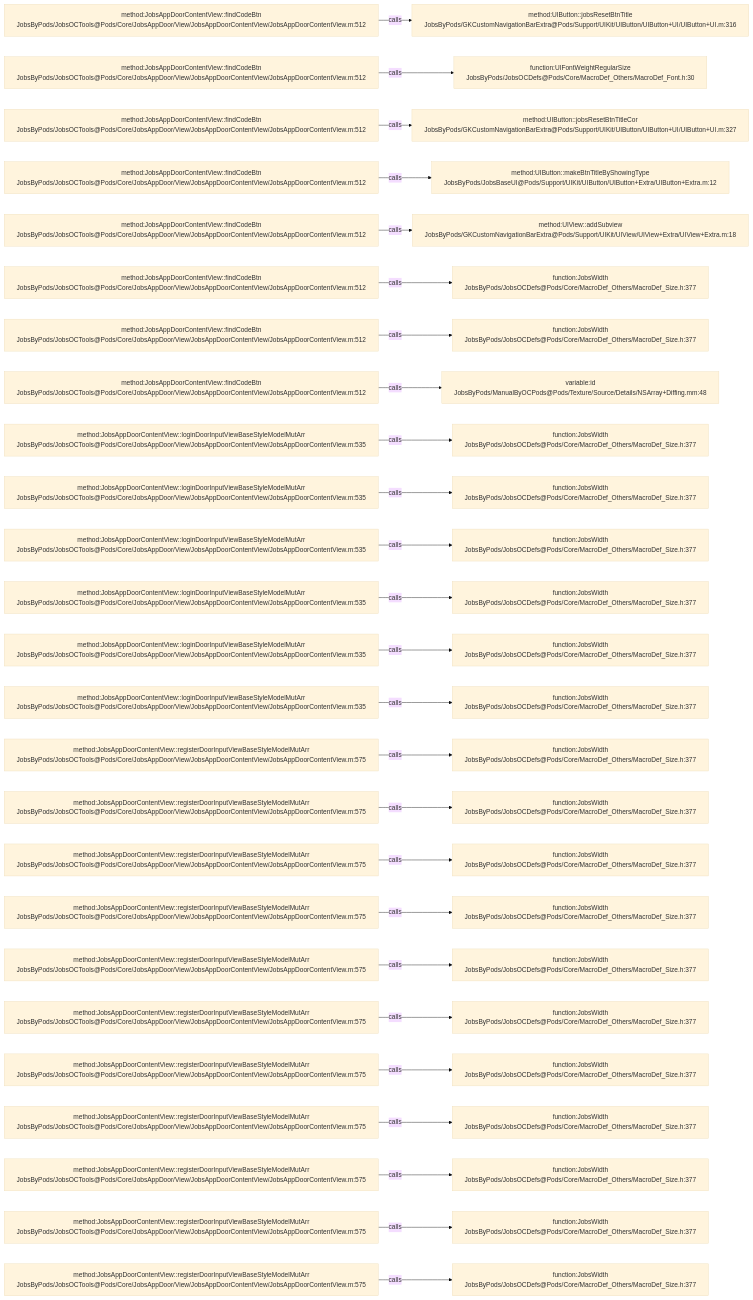
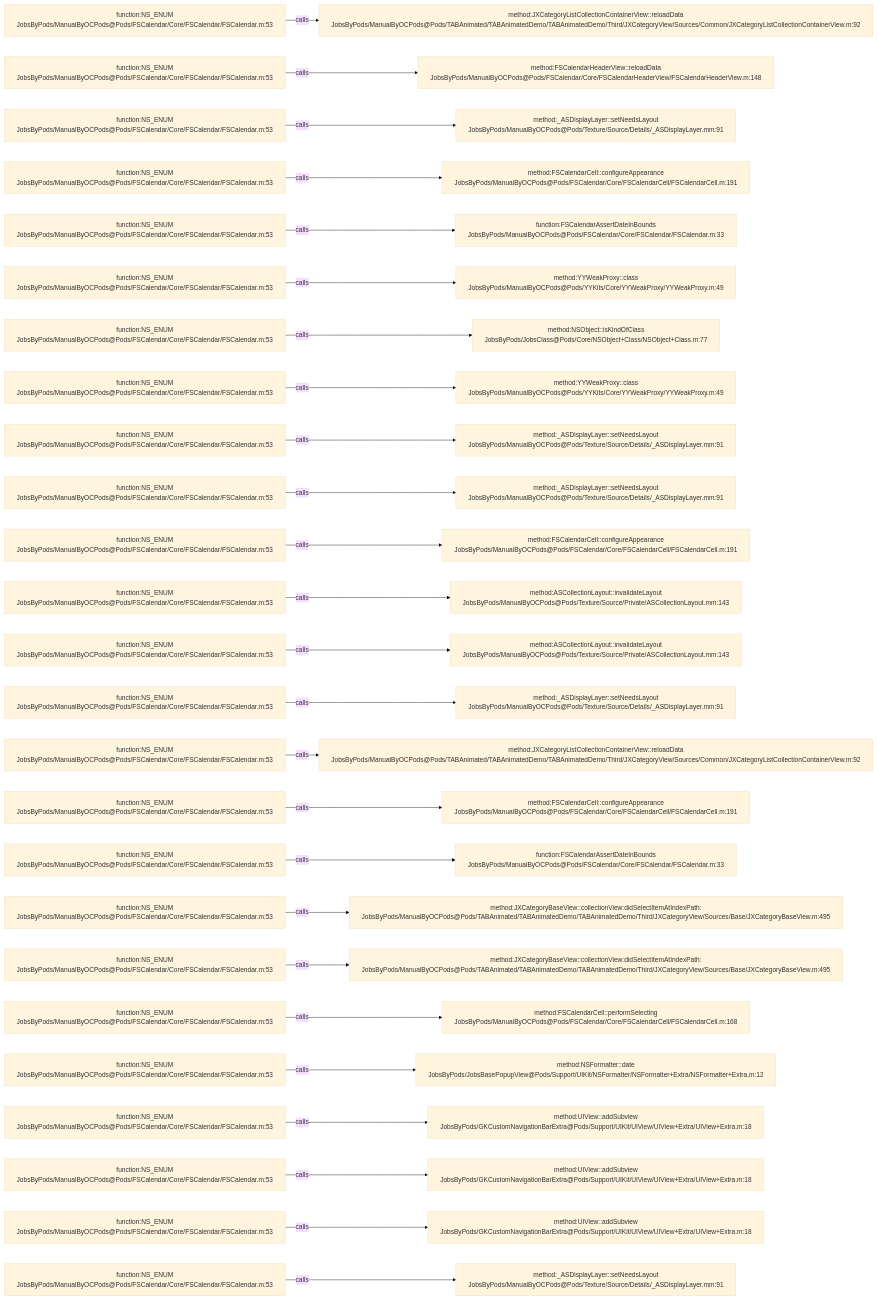
One commit to JobsKits/JobsOCBaseConfigDemo changed the diagram in .codegraph/codegraph.md/graphs/calls-189.md. Above: the diagram before and after it, drawn with Mermaid (base theme). The commit also changed 1026 other files, not shown here.

````diff
--- a/.codegraph/codegraph.md/graphs/calls-189.md
+++ b/.codegraph/codegraph.md/graphs/calls-189.md
@@ -13,78 +13,78 @@
 ```mermaid
 flowchart LR
-  S1["method:JobsAppDoorContentView::findCodeBtn<br/>JobsByPods/JobsOCTools@Pods/Core/JobsAppDoor/View/JobsAppDoorContentView/JobsAppDoorContentView.m:512"]
-  T1["method:UIButton::jobsResetBtnTitle<br/>JobsByPods/GKCustomNavigationBarExtra@Pods/Support/UIKit/UIButton/UIButton+UI/UIButton+UI.m:316"]
+  S1["function:NS_ENUM<br/>JobsByPods/ManualByOCPods@Pods/FSCalendar/Core/FSCalendar/FSCalendar.m:53"]
+  T1["method:JXCategoryListCollectionContainerView::reloadData<br/>JobsByPods/ManualByOCPods@Pods/TABAnimated/TABAnimatedDemo/TABAnimatedDemo/Third/JXCategoryView/Sources/Common/JXCategoryListCollectionContainerView.m:92"]
   S1 -->|calls| T1
-  S2["method:JobsAppDoorContentView::findCodeBtn<br/>JobsByPods/JobsOCTools@Pods/Core/JobsAppDoor/View/JobsAppDoorContentView/JobsAppDoorContentView.m:512"]
-  T2["function:UIFontWeightRegularSize<br/>JobsByPods/JobsOCDefs@Pods/Core/MacroDef_Others/MacroDef_Font.h:30"]
+  S2["function:NS_ENUM<br/>JobsByPods/ManualByOCPods@Pods/FSCalendar/Core/FSCalendar/FSCalendar.m:53"]
+  T2["method:FSCalendarHeaderView::reloadData<br/>JobsByPods/ManualByOCPods@Pods/FSCalendar/Core/FSCalendarHeaderView/FSCalendarHeaderView.m:148"]
   S2 -->|calls| T2
-  S3["method:JobsAppDoorContentView::findCodeBtn<br/>JobsByPods/JobsOCTools@Pods/Core/JobsAppDoor/View/JobsAppDoorContentView/JobsAppDoorContentView.m:512"]
-  T3["method:UIButton::jobsResetBtnTitleCor<br/>JobsByPods/GKCustomNavigationBarExtra@Pods/Support/UIKit/UIButton/UIButton+UI/UIButton+UI.m:327"]
+  S3["function:NS_ENUM<br/>JobsByPods/ManualByOCPods@Pods/FSCalendar/Core/FSCalendar/FSCalendar.m:53"]
+  T3["method:_ASDisplayLayer::setNeedsLayout<br/>JobsByPods/ManualByOCPods@Pods/Texture/Source/Details/_ASDisplayLayer.mm:91"]
   S3 -->|calls| T3
-  S4["method:JobsAppDoorContentView::findCodeBtn<br/>JobsByPods/JobsOCTools@Pods/Core/JobsAppDoor/View/JobsAppDoorContentView/JobsAppDoorContentView.m:512"]
-  T4["method:UIButton::makeBtnTitleByShowingType<br/>JobsByPods/JobsBaseUI@Pods/Support/UIKit/UIButton/UIButton+Extra/UIButton+Extra.m:12"]
+  S4["function:NS_ENUM<br/>JobsByPods/ManualByOCPods@Pods/FSCalendar/Core/FSCalendar/FSCalendar.m:53"]
+  T4["method:FSCalendarCell::configureAppearance<br/>JobsByPods/ManualByOCPods@Pods/FSCalendar/Core/FSCalendarCell/FSCalendarCell.m:191"]
   S4 -->|calls| T4
-  S5["method:JobsAppDoorContentView::findCodeBtn<br/>JobsByPods/JobsOCTools@Pods/Core/JobsAppDoor/View/JobsAppDoorContentView/JobsAppDoorContentView.m:512"]
-  T5["method:UIView::addSubview<br/>JobsByPods/GKCustomNavigationBarExtra@Pods/Support/UIKit/UIView/UIView+Extra/UIView+Extra.m:18"]
+  S5["function:NS_ENUM<br/>JobsByPods/ManualByOCPods@Pods/FSCalendar/Core/FSCalendar/FSCalendar.m:53"]
+  T5["function:FSCalendarAssertDateInBounds<br/>JobsByPods/ManualByOCPods@Pods/FSCalendar/Core/FSCalendar/FSCalendar.m:33"]
   S5 -->|calls| T5
-  S6["method:JobsAppDoorContentView::findCodeBtn<br/>JobsByPods/JobsOCTools@Pods/Core/JobsAppDoor/View/JobsAppDoorContentView/JobsAppDoorContentView.m:512"]
-  T6["function:JobsWidth<br/>JobsByPods/JobsOCDefs@Pods/Core/MacroDef_Others/MacroDef_Size.h:377"]
+  S6["function:NS_ENUM<br/>JobsByPods/ManualByOCPods@Pods/FSCalendar/Core/FSCalendar/FSCalendar.m:53"]
+  T6["method:YYWeakProxy::class<br/>JobsByPods/ManualByOCPods@Pods/YYKits/Core/YYWeakProxy/YYWeakProxy.m:49"]
   S6 -->|calls| T6
-  S7["method:JobsAppDoorContentView::findCodeBtn<br/>JobsByPods/JobsOCTools@Pods/Core/JobsAppDoor/View/JobsAppDoorContentView/JobsAppDoorContentView.m:512"]
-  T7["function:JobsWidth<br/>JobsByPods/JobsOCDefs@Pods/Core/MacroDef_Others/MacroDef_Size.h:377"]
+  S7["function:NS_ENUM<br/>JobsByPods/ManualByOCPods@Pods/FSCalendar/Core/FSCalendar/FSCalendar.m:53"]
+  T7["method:NSObject::isKindOfClass<br/>JobsByPods/JobsClass@Pods/Core/NSObject+Class/NSObject+Class.m:77"]
   S7 -->|calls| T7
-  S8["method:JobsAppDoorContentView::findCodeBtn<br/>JobsByPods/JobsOCTools@Pods/Core/JobsAppDoor/View/JobsAppDoorContentView/JobsAppDoorContentView.m:512"]
-  T8["variable:id<br/>JobsByPods/ManualByOCPods@Pods/Texture/Source/Details/NSArray+Diffing.mm:48"]
+  S8["function:NS_ENUM<br/>JobsByPods/ManualByOCPods@Pods/FSCalendar/Core/FSCalendar/FSCalendar.m:53"]
+  T8["method:YYWeakProxy::class<br/>JobsByPods/ManualByOCPods@Pods/YYKits/Core/YYWeakProxy/YYWeakProxy.m:49"]
   S8 -->|calls| T8
-  S9["method:JobsAppDoorContentView::loginDoorInputViewBaseStyleModelMutArr<br/>JobsByPods/JobsOCTools@Pods/Core/JobsAppDoor/View/JobsAppDoorContentView/JobsAppDoorContentView.m:535"]
-  T9["function:JobsWidth<br/>JobsByPods/JobsOCDefs@Pods/Core/MacroDef_Others/MacroDef_Size.h:377"]
+  S9["function:NS_ENUM<br/>JobsByPods/ManualByOCPods@Pods/FSCalendar/Core/FSCalendar/FSCalendar.m:53"]
+  T9["method:_ASDisplayLayer::setNeedsLayout<br/>JobsByPods/ManualByOCPods@Pods/Texture/Source/Details/_ASDisplayLayer.mm:91"]
   S9 -->|calls| T9
-  S10["method:JobsAppDoorContentView::loginDoorInputViewBaseStyleModelMutArr<br/>JobsByPods/JobsOCTools@Pods/Core/JobsAppDoor/View/JobsAppDoorContentView/JobsAppDoorContentView.m:535"]
-  T10["function:JobsWidth<br/>JobsByPods/JobsOCDefs@Pods/Core/MacroDef_Others/MacroDef_Size.h:377"]
+  S10["function:NS_ENUM<br/>JobsByPods/ManualByOCPods@Pods/FSCalendar/Core/FSCalendar/FSCalendar.m:53"]
+  T10["method:_ASDisplayLayer::setNeedsLayout<br/>JobsByPods/ManualByOCPods@Pods/Texture/Source/Details/_ASDisplayLayer.mm:91"]
   S10 -->|calls| T10
-  S11["method:JobsAppDoorContentView::loginDoorInputViewBaseStyleModelMutArr<br/>JobsByPods/JobsOCTools@Pods/Core/JobsAppDoor/View/JobsAppDoorContentView/JobsAppDoorContentView.m:535"]
-  T11["function:JobsWidth<br/>JobsByPods/JobsOCDefs@Pods/Core/MacroDef_Others/MacroDef_Size.h:377"]
+  S11["function:NS_ENUM<br/>JobsByPods/ManualByOCPods@Pods/FSCalendar/Core/FSCalendar/FSCalendar.m:53"]
+  T11["method:FSCalendarCell::configureAppearance<br/>JobsByPods/ManualByOCPods@Pods/FSCalendar/Core/FSCalendarCell/FSCalendarCell.m:191"]
   S11 -->|calls| T11
-  S12["method:JobsAppDoorContentView::loginDoorInputViewBaseStyleModelMutArr<br/>JobsByPods/JobsOCTools@Pods/Core/JobsAppDoor/View/JobsAppDoorContentView/JobsAppDoorContentView.m:535"]
-  T12["function:JobsWidth<br/>JobsByPods/JobsOCDefs@Pods/Core/MacroDef_Others/MacroDef_Size.h:377"]
+  S12["function:NS_ENUM<br/>JobsByPods/ManualByOCPods@Pods/FSCalendar/Core/FSCalendar/FSCalendar.m:53"]
+  T12["method:ASCollectionLayout::invalidateLayout<br/>JobsByPods/ManualByOCPods@Pods/Texture/Source/Private/ASCollectionLayout.mm:143"]
   S12 -->|calls| T12
-  S13["method:JobsAppDoorContentView::loginDoorInputViewBaseStyleModelMutArr<br/>JobsByPods/JobsOCTools@Pods/Core/JobsAppDoor/View/JobsAppDoorContentView/JobsAppDoorContentView.m:535"]
-  T13["function:JobsWidth<br/>JobsByPods/JobsOCDefs@Pods/Core/MacroDef_Others/MacroDef_Size.h:377"]
+  S13["function:NS_ENUM<br/>JobsByPods/ManualByOCPods@Pods/FSCalendar/Core/FSCalendar/FSCalendar.m:53"]
+  T13["method:ASCollectionLayout::invalidateLayout<br/>JobsByPods/ManualByOCPods@Pods/Texture/Source/Private/ASCollectionLayout.mm:143"]
   S13 -->|calls| T13
-  S14["method:JobsAppDoorContentView::loginDoorInputViewBaseStyleModelMutArr<br/>JobsByPods/JobsOCTools@Pods/Core/JobsAppDoor/View/JobsAppDoorContentView/JobsAppDoorContentView.m:535"]
-  T14["function:JobsWidth<br/>JobsByPods/JobsOCDefs@Pods/Core/MacroDef_Others/MacroDef_Size.h:377"]
+  S14["function:NS_ENUM<br/>JobsByPods/ManualByOCPods@Pods/FSCalendar/Core/FSCalendar/FSCalendar.m:53"]
+  T14["method:_ASDisplayLayer::setNeedsLayout<br/>JobsByPods/ManualByOCPods@Pods/Texture/Source/Details/_ASDisplayLayer.mm:91"]
   S14 -->|calls| T14
-  S15["method:JobsAppDoorContentView::registerDoorInputViewBaseStyleModelMutArr<br/>JobsByPods/JobsOCTools@Pods/Core/JobsAppDoor/View/JobsAppDoorContentView/JobsAppDoorContentView.m:575"]
-  T15["function:JobsWidth<br/>JobsByPods/JobsOCDefs@Pods/Core/MacroDef_Others/MacroDef_Size.h:377"]
+  S15["function:NS_ENUM<br/>JobsByPods/ManualByOCPods@Pods/FSCalendar/Core/FSCalendar/FSCalendar.m:53"]
+  T15["method:JXCategoryListCollectionContainerView::reloadData<br/>JobsByPods/ManualByOCPods@Pods/TABAnimated/TABAnimatedDemo/TABAnimatedDemo/Third/JXCategoryView/Sources/Common/JXCategoryListCollectionContainerView.m:92"]
   S15 -->|calls| T15
-  S16["method:JobsAppDoorContentView::registerDoorInputViewBaseStyleModelMutArr<br/>JobsByPods/JobsOCTools@Pods/Core/JobsAppDoor/View/JobsAppDoorContentView/JobsAppDoorContentView.m:575"]
-  T16["function:JobsWidth<br/>JobsByPods/JobsOCDefs@Pods/Core/MacroDef_Others/MacroDef_Size.h:377"]
+  S16["function:NS_ENUM<br/>JobsByPods/ManualByOCPods@Pods/FSCalendar/Core/FSCalendar/FSCalendar.m:53"]
+  T16["method:FSCalendarCell::configureAppearance<br/>JobsByPods/ManualByOCPods@Pods/FSCalendar/Core/FSCalendarCell/FSCalendarCell.m:191"]
   S16 -->|calls| T16
-  S17["method:JobsAppDoorContentView::registerDoorInputViewBaseStyleModelMutArr<br/>JobsByPods/JobsOCTools@Pods/Core/JobsAppDoor/View/JobsAppDoorContentView/JobsAppDoorContentView.m:575"]
-  T17["function:JobsWidth<br/>JobsByPods/JobsOCDefs@Pods/Core/MacroDef_Others/MacroDef_Size.h:377"]
+  S17["function:NS_ENUM<br/>JobsByPods/ManualByOCPods@Pods/FSCalendar/Core/FSCalendar/FSCalendar.m:53"]
+  T17["function:FSCalendarAssertDateInBounds<br/>JobsByPods/ManualByOCPods@Pods/FSCalendar/Core/FSCalendar/FSCalendar.m:33"]
   S17 -->|calls| T17
-  S18["method:JobsAppDoorContentView::registerDoorInputViewBaseStyleModelMutArr<br/>JobsByPods/JobsOCTools@Pods/Core/JobsAppDoor/View/JobsAppDoorContentView/JobsAppDoorContentView.m:575"]
-  T18["function:JobsWidth<br/>JobsByPods/JobsOCDefs@Pods/Core/MacroDef_Others/MacroDef_Size.h:377"]
+  S18["function:NS_ENUM<br/>JobsByPods/ManualByOCPods@Pods/FSCalendar/Core/FSCalendar/FSCalendar.m:53"]
+  T18["method:JXCategoryBaseView::collectionView:didSelectItemAtIndexPath:<br/>JobsByPods/ManualByOCPods@Pods/TABAnimated/TABAnimatedDemo/TABAnimatedDemo/Third/JXCategoryView/Sources/Base/JXCategoryBaseView.m:495"]
   S18 -->|calls| T18
-  S19["method:JobsAppDoorContentView::registerDoorInputViewBaseStyleModelMutArr<br/>JobsByPods/JobsOCTools@Pods/Core/JobsAppDoor/View/JobsAppDoorContentView/JobsAppDoorContentView.m:575"]
-  T19["function:JobsWidth<br/>JobsByPods/JobsOCDefs@Pods/Core/MacroDef_Others/MacroDef_Size.h:377"]
+  S19["function:NS_ENUM<br/>JobsByPods/ManualByOCPods@Pods/FSCalendar/Core/FSCalendar/FSCalendar.m:53"]
+  T19["method:JXCategoryBaseView::collectionView:didSelectItemAtIndexPath:<br/>JobsByPods/ManualByOCPods@Pods/TABAnimated/TABAnimatedDemo/TABAnimatedDemo/Third/JXCategoryView/Sources/Base/JXCategoryBaseView.m:495"]
   S19 -->|calls| T19
-  S20["method:JobsAppDoorContentView::registerDoorInputViewBaseStyleModelMutArr<br/>JobsByPods/JobsOCTools@Pods/Core/JobsAppDoor/View/JobsAppDoorContentView/JobsAppDoorContentView.m:575"]
-  T20["function:JobsWidth<br/>JobsByPods/JobsOCDefs@Pods/Core/MacroDef_Others/MacroDef_Size.h:377"]
+  S20["function:NS_ENUM<br/>JobsByPods/ManualByOCPods@Pods/FSCalendar/Core/FSCalendar/FSCalendar.m:53"]
+  T20["method:FSCalendarCell::performSelecting<br/>JobsByPods/ManualByOCPods@Pods/FSCalendar/Core/FSCalendarCell/FSCalendarCell.m:168"]
   S20 -->|calls| T20
-  S21["method:JobsAppDoorContentView::registerDoorInputViewBaseStyleModelMutArr<br/>JobsByPods/JobsOCTools@Pods/Core/JobsAppDoor/View/JobsAppDoorContentView/JobsAppDoorContentView.m:575"]
-  T21["function:JobsWidth<br/>JobsByPods/JobsOCDefs@Pods/Core/MacroDef_Others/MacroDef_Size.h:377"]
+  S21["function:NS_ENUM<br/>JobsByPods/ManualByOCPods@Pods/FSCalendar/Core/FSCalendar/FSCalendar.m:53"]
+  T21["method:NSFormatter::date<br/>JobsByPods/JobsBasePopupView@Pods/Support/UIKit/NSFormatter/NSFormatter+Extra/NSFormatter+Extra.m:12"]
   S21 -->|calls| T21
-  S22["method:JobsAppDoorContentView::registerDoorInputViewBaseStyleModelMutArr<br/>JobsByPods/JobsOCTools@Pods/Core/JobsAppDoor/View/JobsAppDoorContentView/JobsAppDoorContentView.m:575"]
-  T22["function:JobsWidth<br/>JobsByPods/JobsOCDefs@Pods/Core/MacroDef_Others/MacroDef_Size.h:377"]
+  S22["function:NS_ENUM<br/>JobsByPods/ManualByOCPods@Pods/FSCalendar/Core/FSCalendar/FSCalendar.m:53"]
+  T22["method:UIView::addSubview<br/>JobsByPods/GKCustomNavigationBarExtra@Pods/Support/UIKit/UIView/UIView+Extra/UIView+Extra.m:18"]
   S22 -->|calls| T22
-  S23["method:JobsAppDoorContentView::registerDoorInputViewBaseStyleModelMutArr<br/>JobsByPods/JobsOCTools@Pods/Core/JobsAppDoor/View/JobsAppDoorContentView/JobsAppDoorContentView.m:575"]
-  T23["function:JobsWidth<br/>JobsByPods/JobsOCDefs@Pods/Core/MacroDef_Others/MacroDef_Size.h:377"]
+  S23["function:NS_ENUM<br/>JobsByPods/ManualByOCPods@Pods/FSCalendar/Core/FSCalendar/FSCalendar.m:53"]
+  T23["method:UIView::addSubview<br/>JobsByPods/GKCustomNavigationBarExtra@Pods/Support/UIKit/UIView/UIView+Extra/UIView+Extra.m:18"]
   S23 -->|calls| T23
-  S24["method:JobsAppDoorContentView::registerDoorInputViewBaseStyleModelMutArr<br/>JobsByPods/JobsOCTools@Pods/Core/JobsAppDoor/View/JobsAppDoorContentView/JobsAppDoorContentView.m:575"]
-  T24["function:JobsWidth<br/>JobsByPods/JobsOCDefs@Pods/Core/MacroDef_Others/MacroDef_Size.h:377"]
+  S24["function:NS_ENUM<br/>JobsByPods/ManualByOCPods@Pods/FSCalendar/Core/FSCalendar/FSCalendar.m:53"]
+  T24["method:UIView::addSubview<br/>JobsByPods/GKCustomNavigationBarExtra@Pods/Support/UIKit/UIView/UIView+Extra/UIView+Extra.m:18"]
   S24 -->|calls| T24
-  S25["method:JobsAppDoorContentView::registerDoorInputViewBaseStyleModelMutArr<br/>JobsByPods/JobsOCTools@Pods/Core/JobsAppDoor/View/JobsAppDoorContentView/JobsAppDoorContentView.m:575"]
-  T25["function:JobsWidth<br/>JobsByPods/JobsOCDefs@Pods/Core/MacroDef_Others/MacroDef_Size.h:377"]
+  S25["function:NS_ENUM<br/>JobsByPods/ManualByOCPods@Pods/FSCalendar/Core/FSCalendar/FSCalendar.m:53"]
+  T25["method:_ASDisplayLayer::setNeedsLayout<br/>JobsByPods/ManualByOCPods@Pods/Texture/Source/Details/_ASDisplayLayer.mm:91"]
   S25 -->|calls| T25
 ```
````
